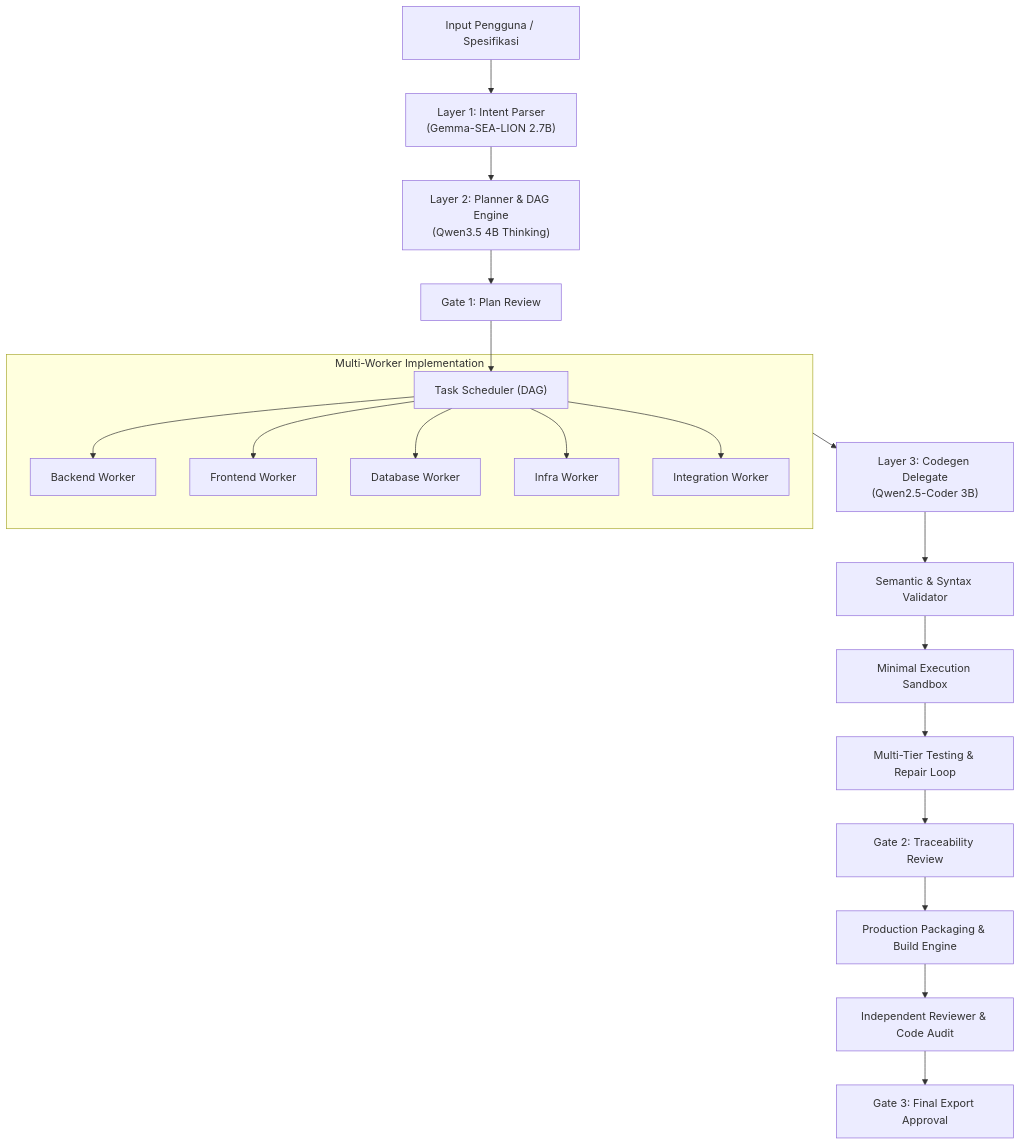
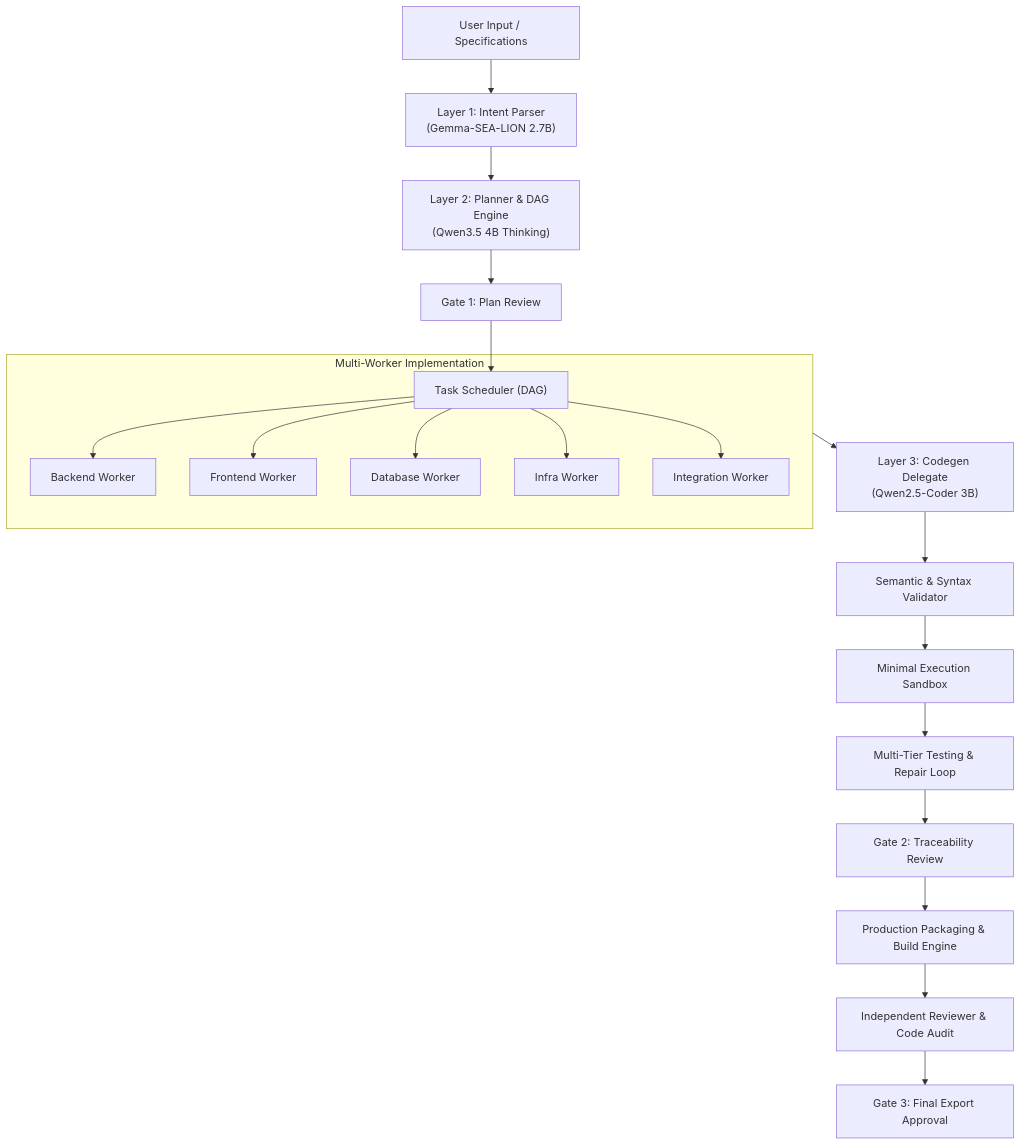
Before and after one commit to einzeinn/dinggo: the diagram in README.md, drawn with Mermaid. The commit also changed other lines of this file and 25 other files, not shown here.

````diff
--- a/README.md
+++ b/README.md
@@ -29,25 +30,25 @@
 ```mermaid
 flowchart TD
-    User["Input Pengguna / Spesifikasi"] --> L1["Layer 1: Intent Parser<br/>(Gemma-SEA-LION 2.7B)"]
+    User["User Input / Specifications"] --> L1["Layer 1: Intent Parser<br/>(Gemma-SEA-LION 2.7B)"]
     L1 --> L2["Layer 2: Planner & DAG Engine<br/>(Qwen3.5 4B Thinking)"]
     L2 --> G1["Gate 1: Plan Review"]
     G1 --> SCHED["Task Scheduler (DAG)"]
     
     subgraph Workers ["Multi-Worker Implementation"]
         SCHED --> W1["Backend Worker"]
         SCHED --> W2["Frontend Worker"]
         SCHED --> W3["Database Worker"]
         SCHED --> W4["Infra Worker"]
         SCHED --> W5["Integration Worker"]
     end
 
     Workers --> L3["Layer 3: Codegen Delegate<br/>(Qwen2.5-Coder 3B)"]
     L3 --> VAL["Semantic & Syntax Validator"]
     VAL --> SANDBOX["Minimal Execution Sandbox"]
     
     SANDBOX --> TEST["Multi-Tier Testing & Repair Loop"]
     TEST --> G2["Gate 2: Traceability Review"]
     G2 --> BUILD["Production Packaging & Build Engine"]
     BUILD --> REV["Independent Reviewer & Code Audit"]
     REV --> G3["Gate 3: Final Export Approval"]
 ```
````
